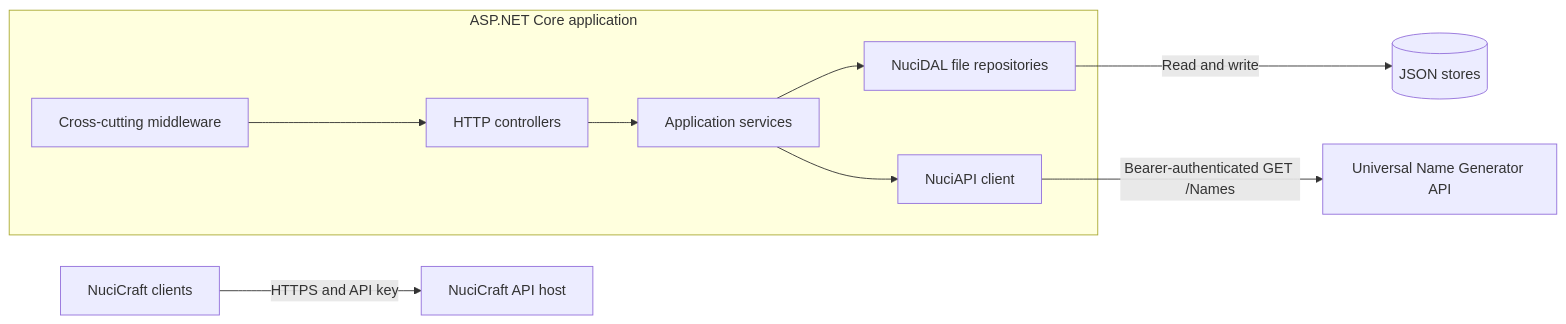
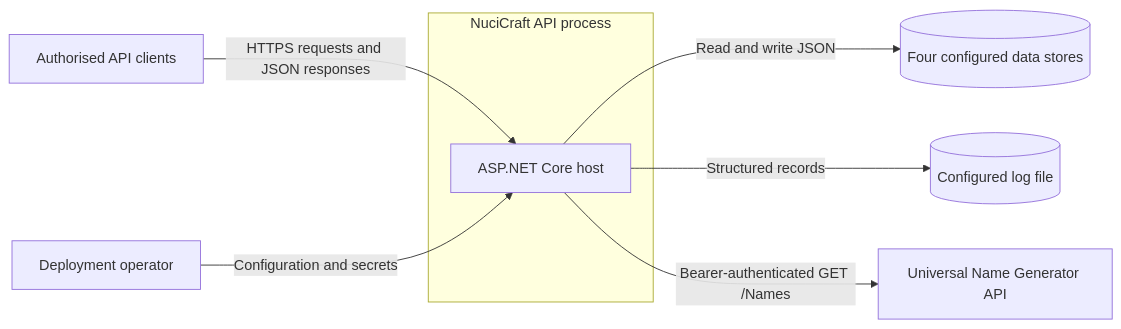
Before and after one commit to hmlendea/nucicraft-api: the first of 7 diagrams in ARCHITECTURE.md, drawn with Mermaid. The commit also changed other lines of this file and 1 other file, not shown here.

Commit message:
architecture: Updated md

````diff
--- a/ARCHITECTURE.md
+++ b/ARCHITECTURE.md
@@ -22,14 +52,13 @@
 ```mermaid
 flowchart LR
-    Client["NuciCraft clients"] -->|"HTTPS and API key"| Host["NuciCraft API host"]
+        Client["Authorised API clients"] -->|"HTTPS requests and JSON responses"| Host
+        Operator["Deployment operator"] -->|"Configuration and secrets"| Host
 
-    subgraph Application["ASP.NET Core application"]
-        Pipeline["Cross-cutting middleware"] --> Controllers["HTTP controllers"]
-        Controllers --> Services["Application services"]
-        Services --> Repositories["NuciDAL file repositories"]
-        Services --> NameClient["NuciAPI client"]
+        subgraph System["NuciCraft API process"]
+                Host["ASP.NET Core host"]
     end
 
-    Repositories -->|"Read and write"| Stores[("JSON stores")]
-    NameClient -->|"Bearer-authenticated GET /Names"| NameGenerator["Universal Name Generator API"]
+        Host -->|"Read and write JSON"| Stores[("Four configured data stores")]
+        Host -->|"Structured records"| Logs[("Configured log file")]
+        Host -->|"Bearer-authenticated GET /Names"| NameGenerator["Universal Name Generator API"]
 ```
````
